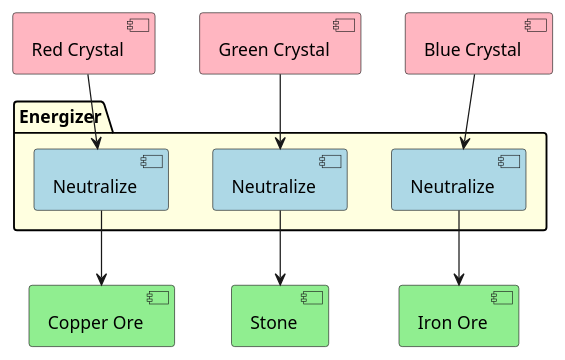
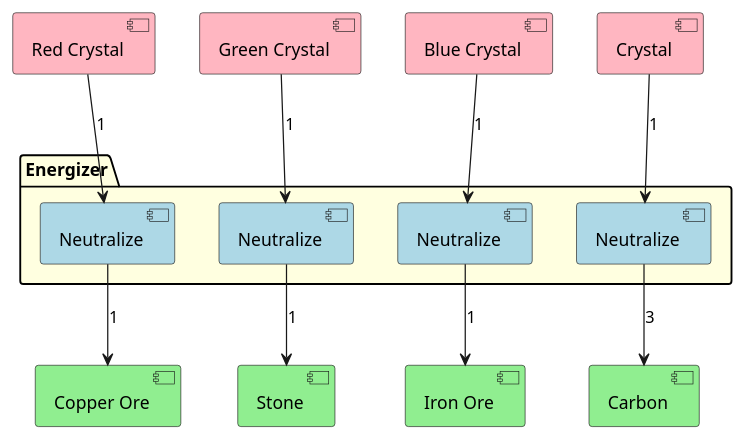
Before and after one commit to Thomas-De-Praetere/CrystalMod: the diagram in Documentation/CreateOre.puml, drawn with PlantUML. The commit also changed 10 other files, not shown here.

```diff
--- a/Documentation/CreateOre.puml
+++ b/Documentation/CreateOre.puml
@@ -1,29 +1,34 @@
 @startuml
 
 hide methods
 hide fields
 hide circle
 
 [Red Crystal] as RC #lightpink
 [Green Crystal] as GC #lightpink
 [Blue Crystal] as BC #lightpink
+[Crystal] as C #lightpink
 
 [Iron Ore] as FE #lightgreen
 [Copper Ore] as CU #lightgreen
 [Stone] as S #lightgreen
+[Carbon] as Ca #lightgreen
 
 package Energizer #lightyellow {
 [Neutralize] as NR #lightblue
 [Neutralize] as NG #lightblue
 [Neutralize] as NB #lightblue
+[Neutralize] as NC #lightblue
 }
 
-RC --> NR
-GC --> NG
-BC --> NB
+RC --> NR : 1
+GC --> NG : 1
+BC --> NB : 1
+C --> NC : 1
 
-NR --> CU
-NG --> S
-NB --> FE
+NR --> CU : 1
+NG --> S : 1
+NB --> FE : 1
+NC --> Ca : 3
 
 @enduml
```
